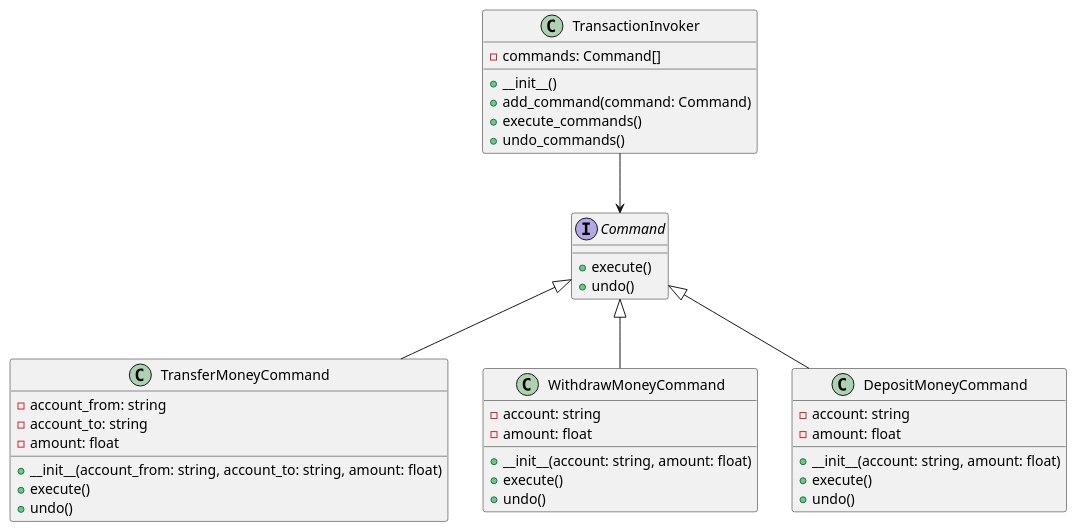
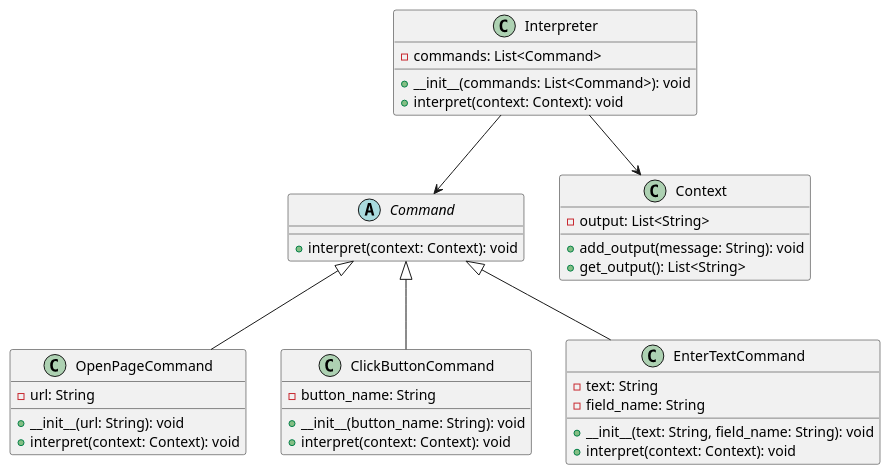
Before and after one commit to andrewovchinnikov/design-patterns: the diagram in klassifikaciya-patternov/povedencheskie-patterny-behavioral-patterns/interpretator-interpreter/primery/interpretaciya-polzovatelskikh-scenariev-testirovaniya/python.md, drawn with PlantUML. The commit also changed other lines of this file and 5 other files, not shown here.

````diff
--- a/klassifikaciya-patternov/povedencheskie-patterny-behavioral-patterns/interpretator-interpreter/primery/interpretaciya-polzovatelskikh-scenariev-testirovaniya/python.md
+++ b/klassifikaciya-patternov/povedencheskie-patterny-behavioral-patterns/interpretator-interpreter/primery/interpretaciya-polzovatelskikh-scenariev-testirovaniya/python.md
@@ -120,48 +124,47 @@
 ```plantuml
 @startuml
 
-interface Command {
-    +execute()
-    +undo()
+abstract class Command {
+    +interpret(context: Context): void
 }
 
-class TransferMoneyCommand {
-    -account_from: string
-    -account_to: string
-    -amount: float
-    +__init__(account_from: string, account_to: string, amount: float)
-    +execute()
-    +undo()
+class Context {
+    -output: List<String>
+    +add_output(message: String): void
+    +get_output(): List<String>
 }
 
-class WithdrawMoneyCommand {
-    -account: string
-    -amount: float
-    +__init__(account: string, amount: float)
-    +execute()
-    +undo()
+class OpenPageCommand {
+    -url: String
+    +__init__(url: String): void
+    +interpret(context: Context): void
 }
 
-class DepositMoneyCommand {
-    -account: string
-    -amount: float
-    +__init__(account: string, amount: float)
-    +execute()
-    +undo()
+class ClickButtonCommand {
+    -button_name: String
+    +__init__(button_name: String): void
+    +interpret(context: Context): void
 }
 
-class TransactionInvoker {
-    -commands: Command[]
-    +__init__()
-    +add_command(command: Command)
-    +execute_commands()
-    +undo_commands()
+class EnterTextCommand {
+    -text: String
+    -field_name: String
+    +__init__(text: String, field_name: String): void
+    +interpret(context: Context): void
 }
 
-Command <|-- TransferMoneyCommand
-Command <|-- WithdrawMoneyCommand
-Command <|-- DepositMoneyCommand
-TransactionInvoker --> Command
+class Interpreter {
+    -commands: List<Command>
+    +__init__(commands: List<Command>): void
+    +interpret(context: Context): void
+}
+
+Command <|-- OpenPageCommand
+Command <|-- ClickButtonCommand
+Command <|-- EnterTextCommand
+
+Interpreter --> Command
+Interpreter --> Context
 
 @enduml
 ```
````
